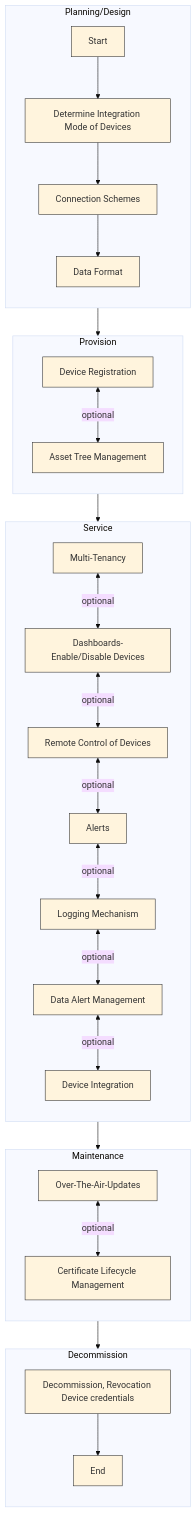
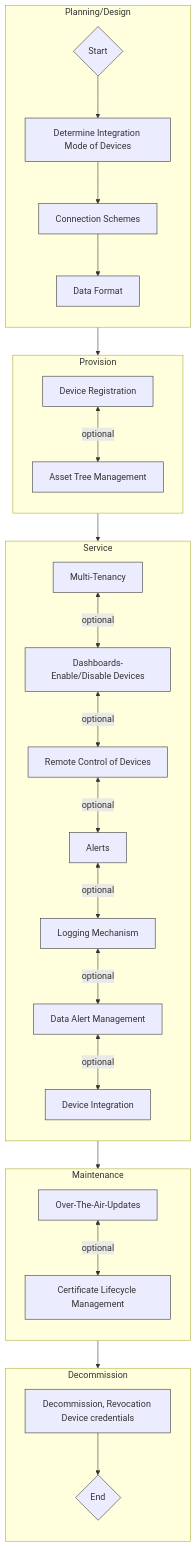
Before and after one commit to GovTechSIOT/DECADA_PLAYBOOK: the diagram in docs/OnBoardDevice/Overview.md, drawn with Mermaid. The commit also changed other lines of this file and 490 other files, not shown here.

Commit message:
Naming Convention Refactoring, deletion of unnecessary md and graphics.

```diff
--- a/docs/OnBoardDevice/Overview.md
+++ b/docs/OnBoardDevice/Overview.md
@@ -15,68 +16,67 @@
 <div class="mermaid">
 flowchart TD
-%%{init: {"theme": "base", "themeVariables": { "fontSize": "16px", "flowchart": {"diagramPadding": 64, "useMaxWidth": true}}}}%%
+    B1-->C4
     A4-->B1
-    B1-->C4
     C4-->D1
     D1-->E1
     subgraph Decommission
     direction TB
-    E1[Decommission, Revocation Device credentials]-->E2[End]
+    E1[Decommission, Revocation Device credentials]-->E2{End}
     end
     subgraph Maintenance
     direction TB
     D1[Over-The-Air-Updates]<-->|optional|D2[Certificate Lifecycle Management]
     end
     subgraph Service
     %%{config: { 'fontFamily': 'Menlo', 'fontSize': 18, 'fontWeight': 400} }%%
     direction TB
     C1[Multi-Tenancy]<-->|optional|C2[Dashboards-Enable/Disable Devices]
     C2[Dashboards-Enable/Disable Devices]<-->|optional|C3[Remote Control of Devices]
     C3[Remote Control of Devices]<-->|optional|C4[Alerts]
     C4[Alerts]<-->|optional|C5[Logging Mechanism]
     C5[Logging Mechanism]<-->|optional|C6[Data Alert Management]
     C6[Data Alert Management]<-->|optional|C7[Device Integration]
     end
     subgraph Provision
     direction TB
     B1[Device Registration]<-->|optional|B2[Asset Tree Management]
     end
     subgraph Planning/Design
     direction TB
-    A1[Start]-->A2[Determine Integration Mode of Devices]
+    A1{Start}-->A2[Determine Integration Mode of Devices]
     A2[Determine Integration Mode of Devices]-->A3[Connection Schemes]
     A3[Connection Schemes]-->A4[Data Format]
     end
     style A1 fill:##bbf,stroke:#333,stroke-width:1px
-    click A2 "http://localhost:3000/#/OnBoardDevice/Onboard?id=integration-with-decada" _blank
+    click A2 "./#/OnBoardDevice/Onboard?id=integration-with-decada" _blank
     style A2 fill:##bbf,stroke:#333,stroke-width:1px
     click A3 "http://localhost:3000/#/OnBoardDevice/Onboard?id=device-connectivity" _blank
     style A3 fill:##bbf,stroke:#333,stroke-width:1px
     click A4 "http://localhost:3000/#/OnBoardDevice/Onboard?id=data-format" _blank
     style A4 fill:##bbf,stroke:#333,stroke-width:1px
     click B1 "http://localhost:3000/#/OnBoardDevice/Onboard?id=device-registration" _blank
     style B1 fill:##bbf,stroke:#333,stroke-width:1px
     click B2 "http://localhost:3000/#/OnBoardDevice/Onboard?id=managing-asset-tree" _blank
     style B2 fill:##bbf,stroke:#333,stroke-width:1px
     click C1 "http://localhost:3000/#/OnBoardDevice/Service?id=multi-tenancy" _blank
     style C1 fill:##bbf,stroke:#333,stroke-width:1px
     click C2 "http://localhost:3000/#/OnBoardDevice/Service?id=dashboard" _blank
     style C2 fill:##bbf,stroke:#333,stroke-width:1px
     click C3 "http://localhost:3000/#/OnBoardDevice/Service?id=remote-controlling-of-devices" _blank
     style C3 fill:##bbf,stroke:#333,stroke-width:1px
     click C4 "http://localhost:3000/#/OnBoardDevice/Service?id=alerts" _blank
     style C4 fill:##bbf,stroke:#333,stroke-width:1px
     click C5 "http://localhost:3000/#/OnBoardDevice/Service?id=logging-mechanism" _blank
     style C5 fill:##bbf,stroke:#333,stroke-width:1px
     click C6 "http://localhost:3000/#/OnBoardDevice/Service?id=data-asset-management" _blank
     style C6 fill:##bbf,stroke:#333,stroke-width:1px
     click C7 "http://localhost:3000/#/OnBoardDevice/Service?id=device-integration" _blank
     style C7 fill:##bbf,stroke:#333,stroke-width:1px
     click D1 "http://localhost:3000/#/OnBoardDevice/Maintenance?id=over-the-air-ota-upgrade" _blank
     style D1 fill:##bbf,stroke:#333,stroke-width:1px
     click D2 "http://localhost:3000/#/OnBoardDevice/Maintenance?id=certificate-lifecycle-management" _blank
     style D2 fill:##bbf,stroke:#333,stroke-width:1px
     click E1 href "http://localhost:3000/#/OnBoardDevice/Decommis"
     style E1 fill:##bbf,stroke:#333,stroke-width:1px,fontSize:18
     style E2 fill:##bbf,stroke:#333,stroke-width:1px
 </div>
```
